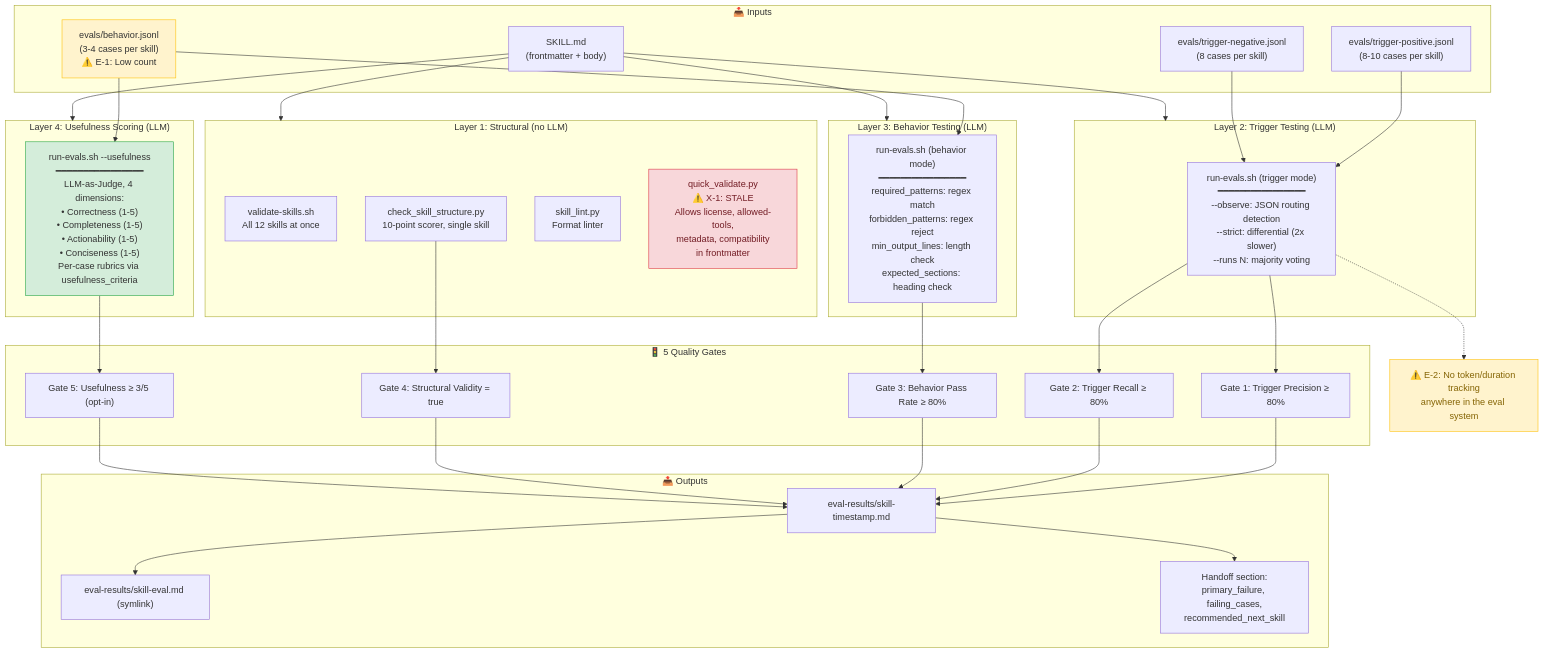
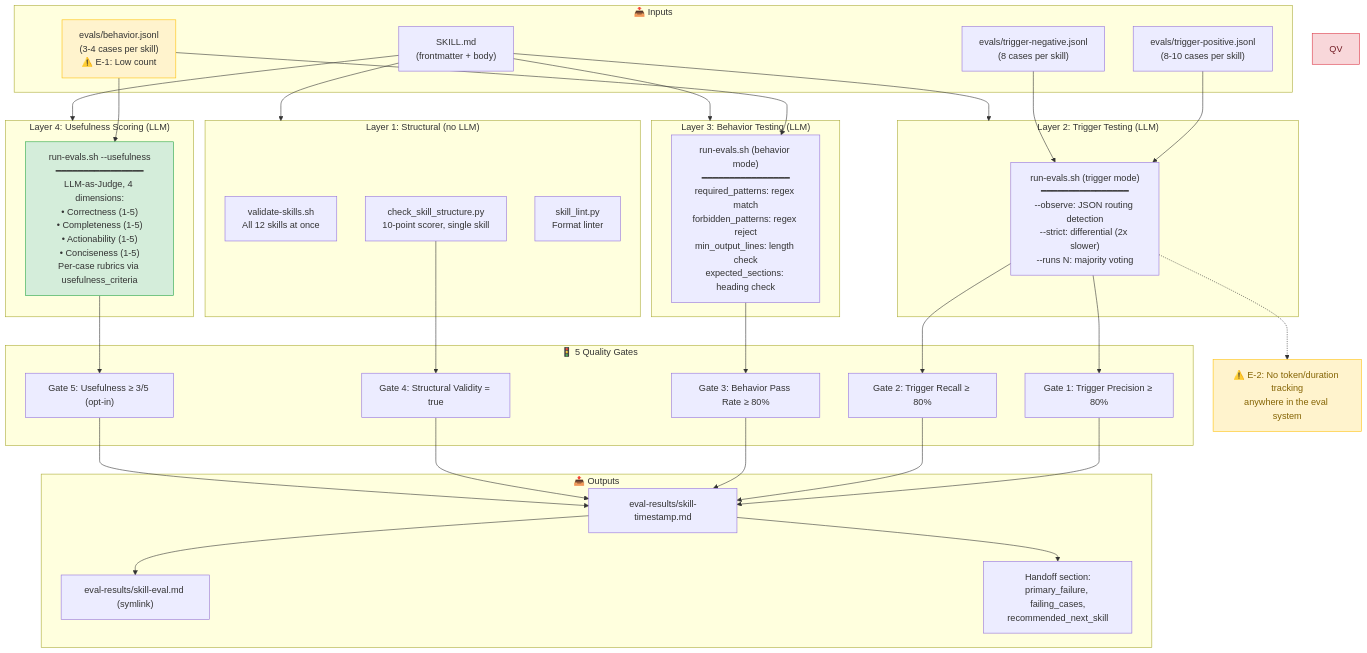
Before and after one commit to chelch5/Meta-Skill-Engineering: the fifth of 12 diagrams in docs/architecture-diagrams.md, drawn with Mermaid. The commit also changed other lines of this file and 4 other files, not shown here.

````diff
--- a/docs/architecture-diagrams.md
+++ b/docs/architecture-diagrams.md
@@ -314,74 +313,73 @@
 ```mermaid
 flowchart TB
     subgraph inputs["📥 Inputs"]
         SKILL["SKILL.md<br/>(frontmatter + body)"]
         TP["evals/trigger-positive.jsonl<br/>(8-10 cases per skill)"]
         TN["evals/trigger-negative.jsonl<br/>(8 cases per skill)"]
         BJ["evals/behavior.jsonl<br/>(3-4 cases per skill)<br/>⚠️ E-1: Low count"]
     end
 
     subgraph structural["Layer 1: Structural (no LLM)"]
         VS["validate-skills.sh<br/>All 12 skills at once"]
         CSS["check_skill_structure.py<br/>10-point scorer, single skill"]
         SL["skill_lint.py<br/>Format linter"]
-        QV["quick_validate.py<br/>⚠️ X-1: STALE<br/>Allows license, allowed-tools,<br/>metadata, compatibility<br/>in frontmatter"]
     end
 
     subgraph trigger["Layer 2: Trigger Testing (LLM)"]
         RE_T["run-evals.sh (trigger mode)<br/>━━━━━━━━━━━━━━━━<br/>--observe: JSON routing detection<br/>--strict: differential (2x slower)<br/>--runs N: majority voting"]
     end
 
     subgraph behavior["Layer 3: Behavior Testing (LLM)"]
         RE_B["run-evals.sh (behavior mode)<br/>━━━━━━━━━━━━━━━━<br/>required_patterns: regex match<br/>forbidden_patterns: regex reject<br/>min_output_lines: length check<br/>expected_sections: heading check"]
     end
 
     subgraph usefulness["Layer 4: Usefulness Scoring (LLM)"]
         RE_U["run-evals.sh --usefulness<br/>━━━━━━━━━━━━━━━━<br/>LLM-as-Judge, 4 dimensions:<br/>• Correctness (1-5)<br/>• Completeness (1-5)<br/>• Actionability (1-5)<br/>• Conciseness (1-5)<br/>Per-case rubrics via usefulness_criteria"]
     end
 
     subgraph gates["🚦 5 Quality Gates"]
         G1["Gate 1: Trigger Precision ≥ 80%"]
         G2["Gate 2: Trigger Recall ≥ 80%"]
         G3["Gate 3: Behavior Pass Rate ≥ 80%"]
         G4["Gate 4: Structural Validity = true"]
         G5["Gate 5: Usefulness ≥ 3/5 (opt-in)"]
     end
 
     subgraph outputs["📤 Outputs"]
         REPORT["eval-results/skill-timestamp.md"]
         LINK["eval-results/skill-eval.md (symlink)"]
         HANDOFF["Handoff section:<br/>primary_failure, failing_cases,<br/>recommended_next_skill"]
     end
 
     SKILL --> structural
     SKILL --> trigger
     SKILL --> behavior
     SKILL --> usefulness
 
     TP --> RE_T
     TN --> RE_T
     BJ --> RE_B
     BJ --> RE_U
 
     RE_T --> G1
     RE_T --> G2
     RE_B --> G3
     CSS --> G4
     RE_U --> G5
 
     G1 --> REPORT
     G2 --> REPORT
     G3 --> REPORT
     G4 --> REPORT
     G5 --> REPORT
     REPORT --> LINK
     REPORT --> HANDOFF
 
     style QV fill:#f8d7da,stroke:#dc3545,color:#721c24
     style BJ fill:#fff3cd,stroke:#ffc107
     style RE_U fill:#d4edda,stroke:#28a745
 
     ISSUE_E2["⚠️ E-2: No token/duration tracking<br/>anywhere in the eval system"]
     RE_T -.-> ISSUE_E2
     style ISSUE_E2 fill:#fff3cd,stroke:#ffc107,color:#856404
 ```
````
